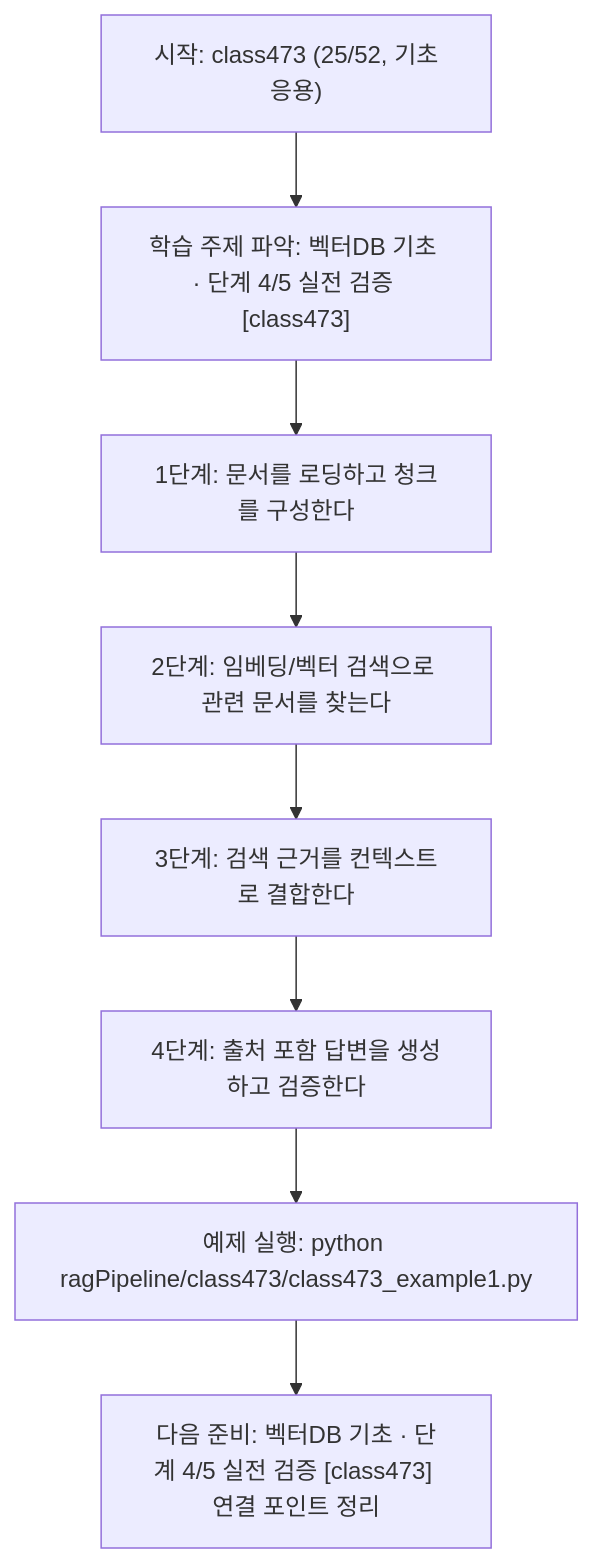
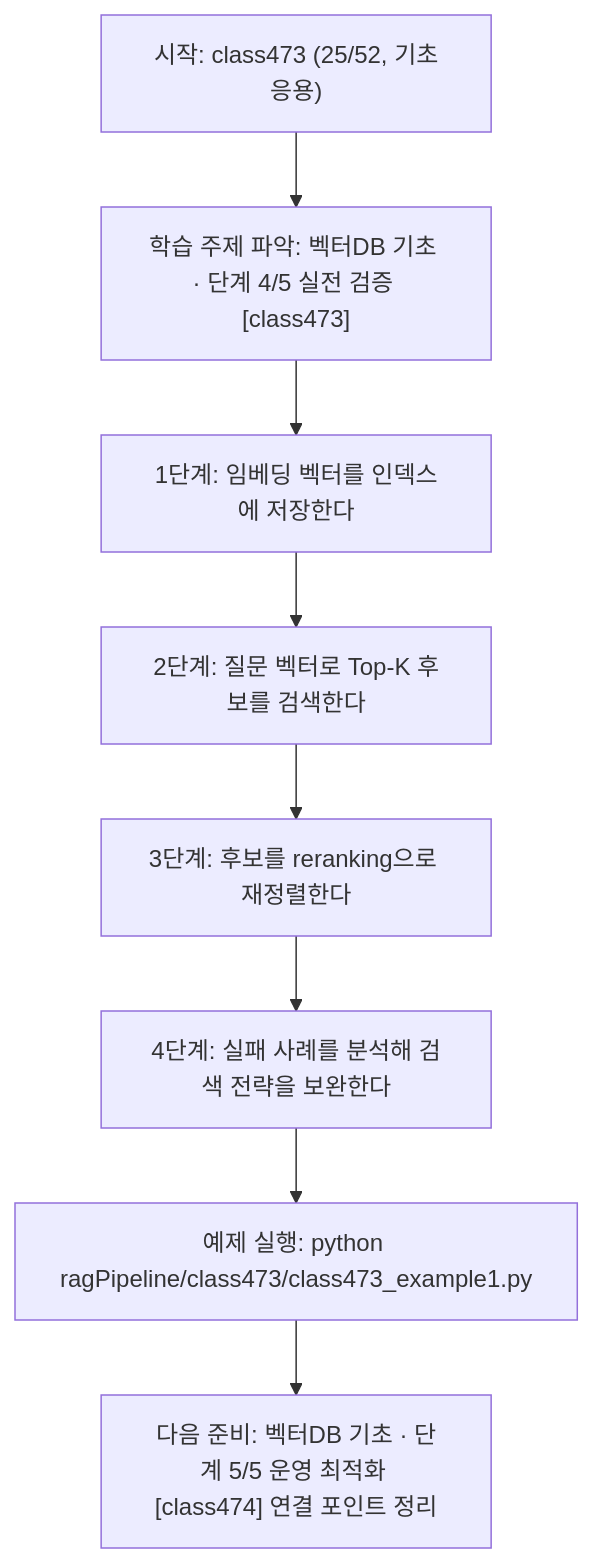
The diagram in ragPipeline/class473/class473.md (edumgt/Python-AI_Agent-Class), drawn with Mermaid before and after one commit. The commit also changed other lines of this file and 367 other files, not shown here.

````diff
--- a/ragPipeline/class473/class473.md
+++ b/ragPipeline/class473/class473.md
@@ -111,18 +92,18 @@
 ```mermaid
 flowchart TD
 N1["시작: class473 (25/52, 기초응용)"]
 N2["학습 주제 파악: 벡터DB 기초 · 단계 4/5 실전 검증 [class473]"]
-N3["1단계: 문서를 로딩하고 청크를 구성한다"]
-N4["2단계: 임베딩/벡터 검색으로 관련 문서를 찾는다"]
-N5["3단계: 검색 근거를 컨텍스트로 결합한다"]
-N6["4단계: 출처 포함 답변을 생성하고 검증한다"]
+N3["1단계: 임베딩 벡터를 인덱스에 저장한다"]
+N4["2단계: 질문 벡터로 Top-K 후보를 검색한다"]
+N5["3단계: 후보를 reranking으로 재정렬한다"]
+N6["4단계: 실패 사례를 분석해 검색 전략을 보완한다"]
 N7["예제 실행: python ragPipeline/class473/class473_example1.py"]
-N8["다음 준비: 벡터DB 기초 · 단계 4/5 실전 검증 [class473] 연결 포인트 정리"]
+N8["다음 준비: 벡터DB 기초 · 단계 5/5 운영 최적화 [class474] 연결 포인트 정리"]
 N1 --> N2
 N2 --> N3
 N3 --> N4
 N4 --> N5
 N5 --> N6
 N6 --> N7
 N7 --> N8
 ```
````
